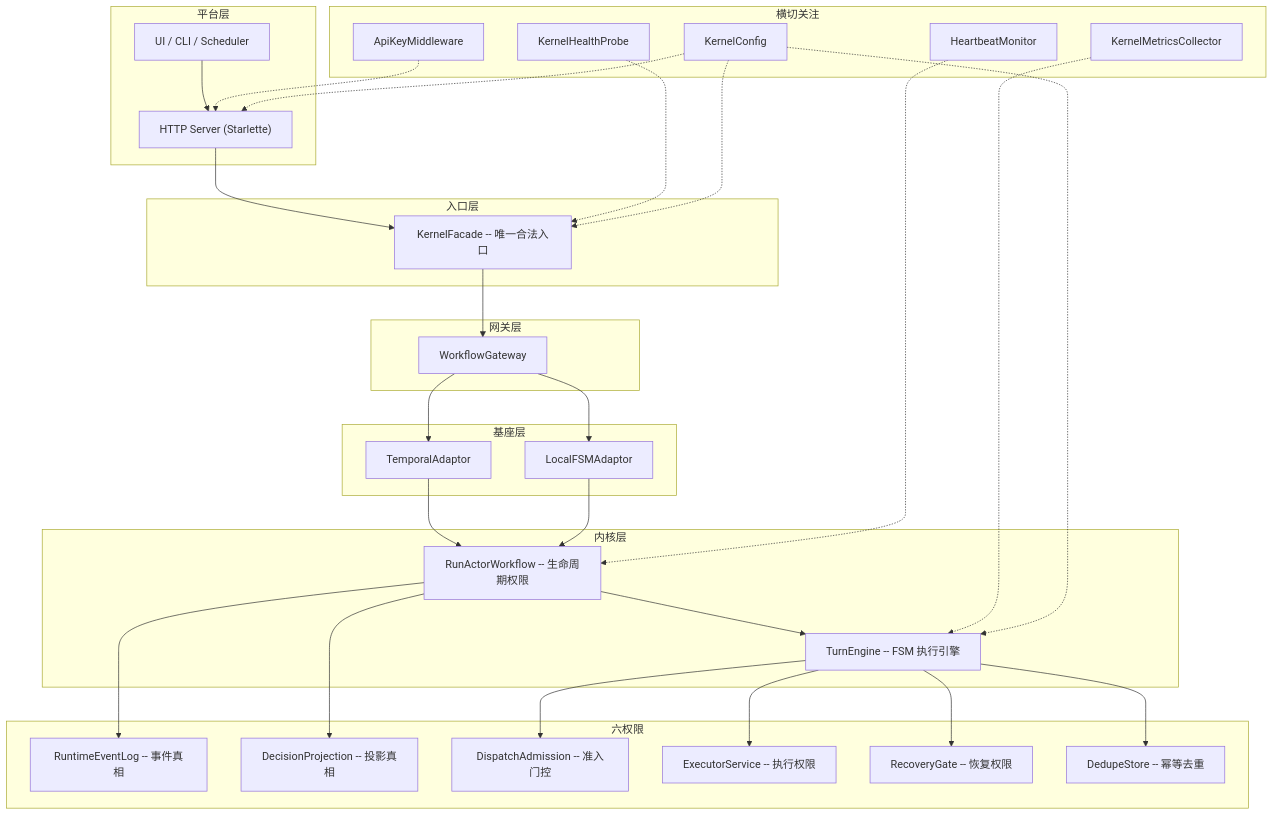
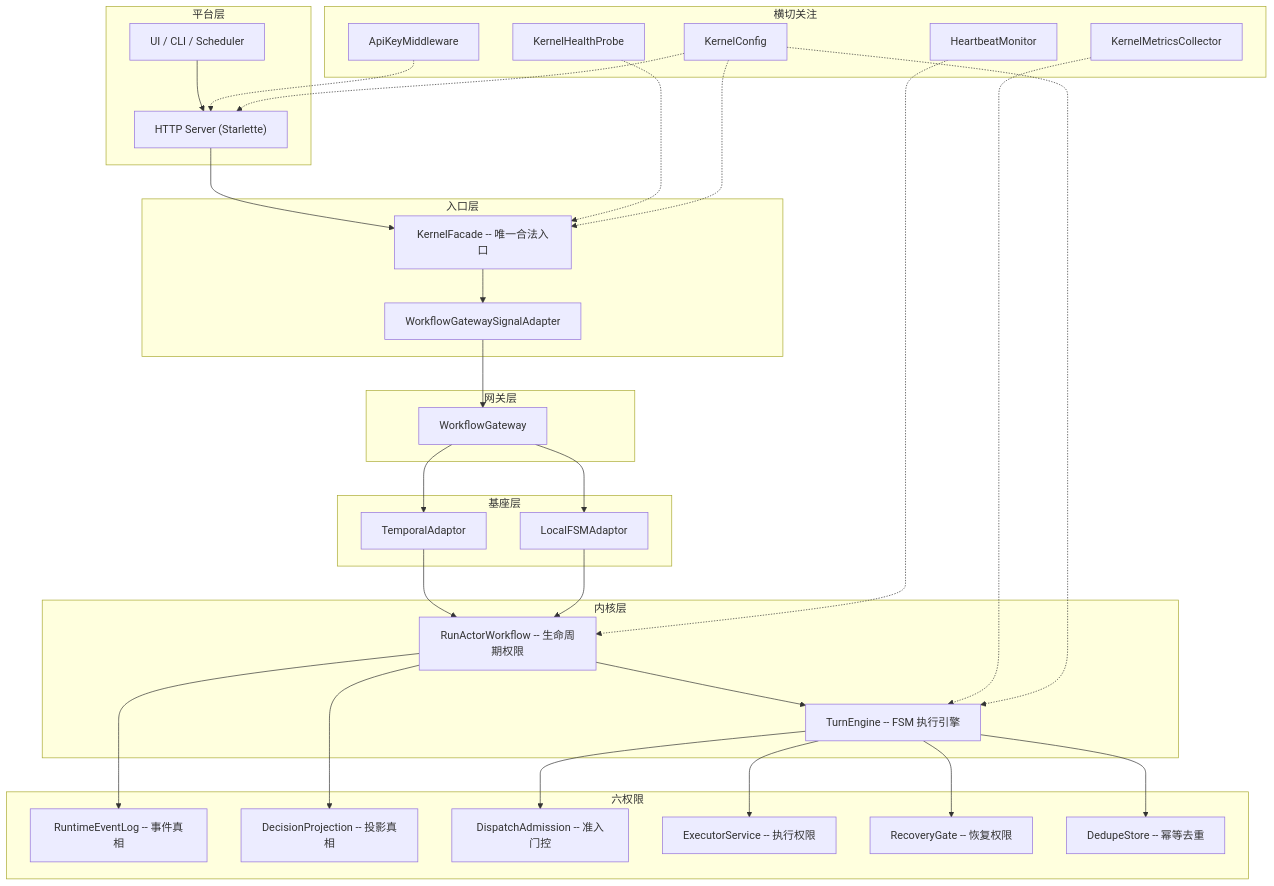
The first of 4 diagrams in ARCHITECTURE.md (chaosxingxc-orion/agent-kernel), drawn with Mermaid before and after one commit. The commit also changed other lines of this file and 34 other files, not shown here.

````diff
--- a/ARCHITECTURE.md
+++ b/ARCHITECTURE.md
@@ -9,64 +9,66 @@
 ```mermaid
 graph TB
   subgraph Platform["平台层"]
     UI["UI / CLI / Scheduler"]
     HTTP["HTTP Server (Starlette)"]
   end
 
   subgraph Facade["入口层"]
     KF["KernelFacade -- 唯一合法入口"]
+    WA["WorkflowGatewaySignalAdapter"]
   end
 
   subgraph Gateway["网关层"]
     GW["WorkflowGateway"]
   end
 
   subgraph Substrate["基座层"]
     TP["TemporalAdaptor"]
     LF["LocalFSMAdaptor"]
   end
 
   subgraph Core["内核层"]
     RA["RunActorWorkflow -- 生命周期权限"]
     TE["TurnEngine -- FSM 执行引擎"]
   end
 
   subgraph Authorities["六权限"]
     EL["RuntimeEventLog -- 事件真相"]
     PJ["DecisionProjection -- 投影真相"]
     AD["DispatchAdmission -- 准入门控"]
     EX["ExecutorService -- 执行权限"]
     RG["RecoveryGate -- 恢复权限"]
     DD["DedupeStore -- 幂等去重"]
   end
 
   subgraph CrossCutting["横切关注"]
     MT["KernelMetricsCollector"]
     HB["HeartbeatMonitor"]
     HP["KernelHealthProbe"]
     AU["ApiKeyMiddleware"]
     CF["KernelConfig"]
   end
 
   UI --> HTTP
   HTTP --> KF
-  KF --> GW
+  KF --> WA
+  WA --> GW
   GW --> TP
   GW --> LF
   TP --> RA
   LF --> RA
   RA --> EL
   RA --> PJ
   RA --> TE
   TE --> AD
   TE --> EX
   TE --> RG
   TE --> DD
   MT -.-> TE
   HB -.-> RA
   HP -.-> KF
   AU -.-> HTTP
   CF -.-> KF
   CF -.-> HTTP
   CF -.-> TE
 ```
````
